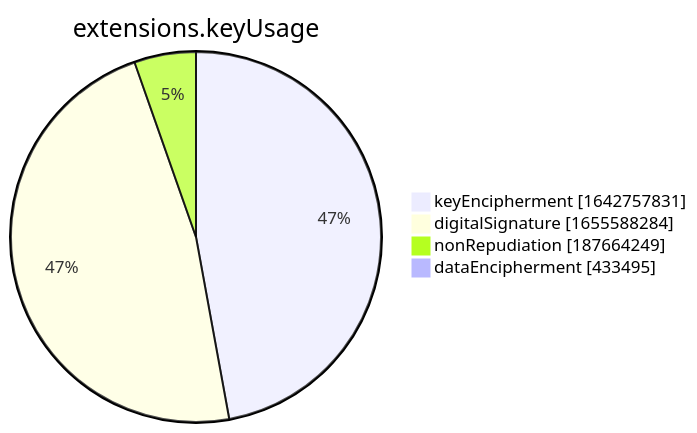
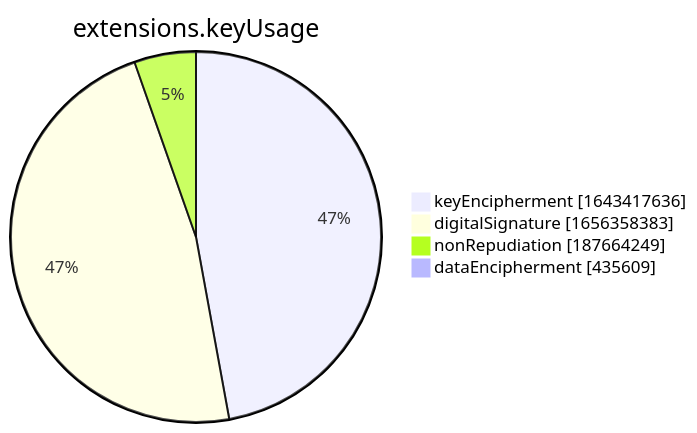
Before and after one commit to christiankrug/ctmonitor_visualization: the seventh of 15 diagrams in xenon2022/README.md, drawn with Mermaid. The commit also changed other lines of this file, not shown here.

````diff
--- a/xenon2022/README.md
+++ b/xenon2022/README.md
@@ -2856,8 +2856,8 @@
 ```mermaid
 pie showData
 title extensions.keyUsage
-"keyEncipherment" :1642757831
-"digitalSignature" :1655588284
+"keyEncipherment" :1643417636
+"digitalSignature" :1656358383
 "nonRepudiation" :187664249
-"dataEncipherment" :433495
+"dataEncipherment" :435609
 ```
````
